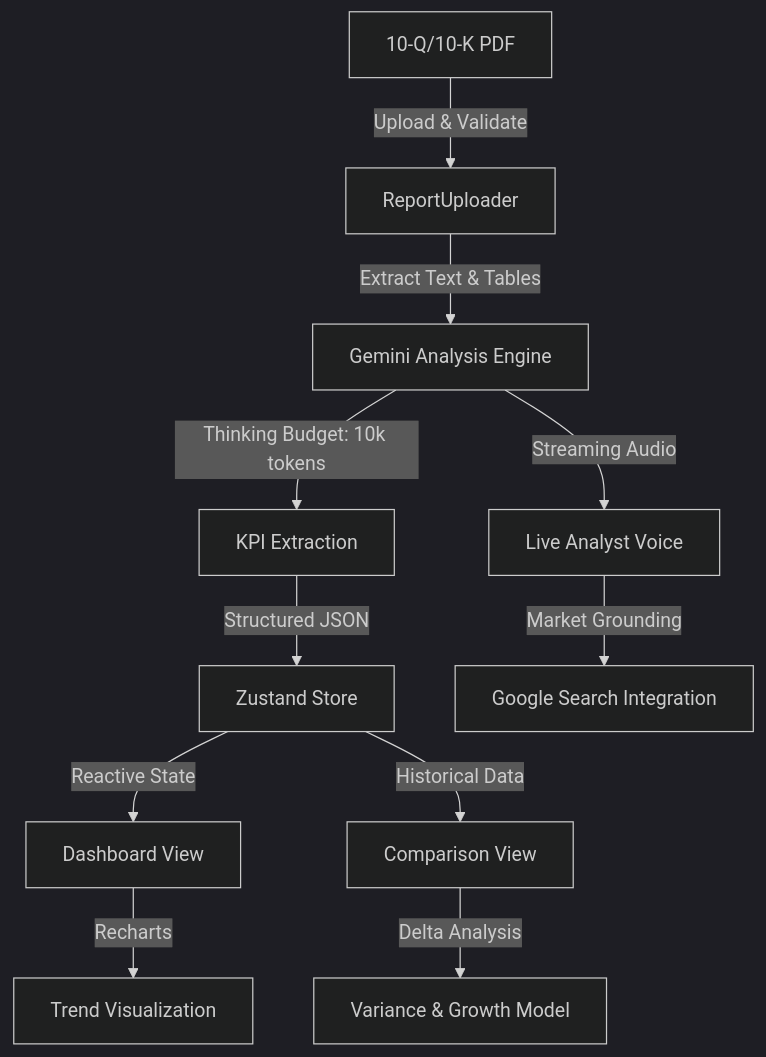
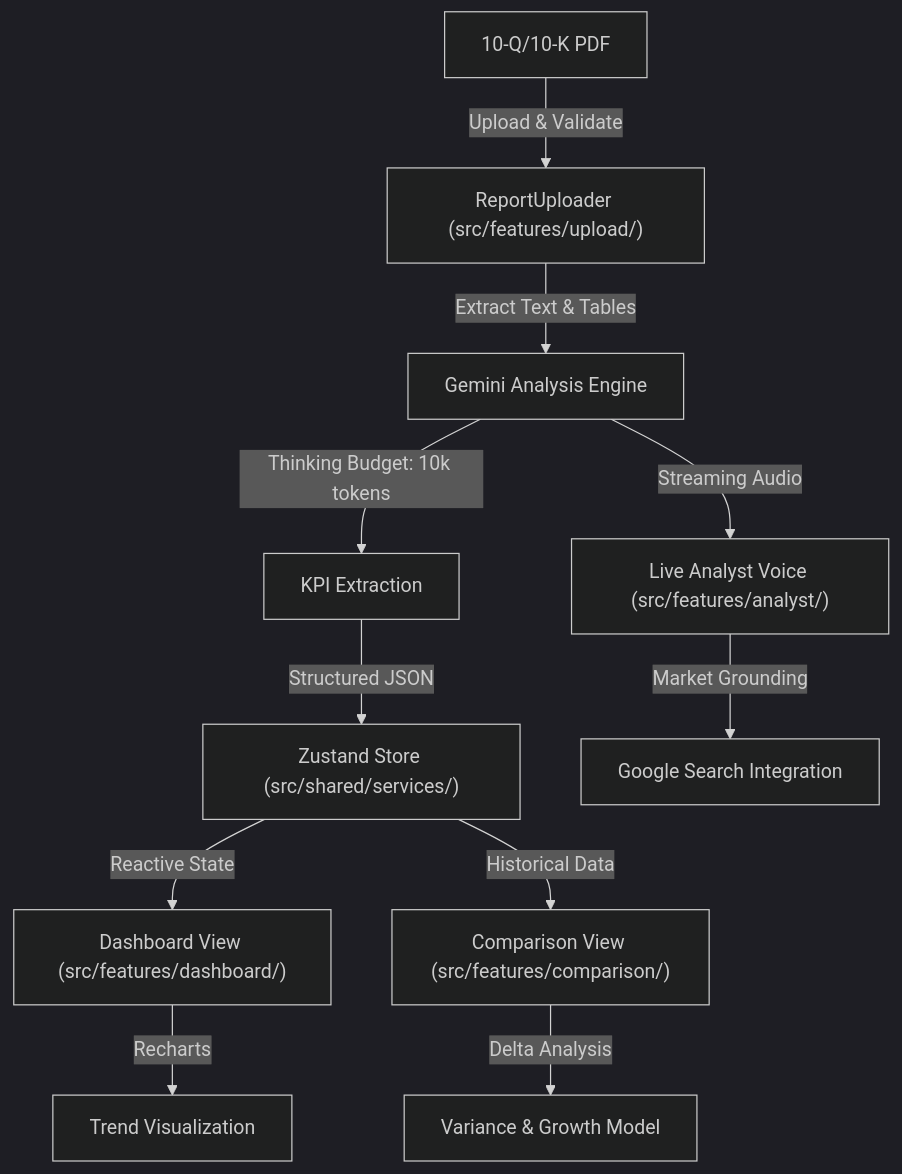
The diagram in README.md (darshil0/ai-financial-auditor), drawn with Mermaid (dark theme) before and after one commit. The commit also changed other lines of this file, not shown here.

````diff
--- a/README.md
+++ b/README.md
@@ -17,13 +17,13 @@
 ```mermaid
 graph TD
-    A["10-Q/10-K PDF"] -->|Upload & Validate| B["ReportUploader"]
+    A["10-Q/10-K PDF"] -->|Upload & Validate| B["ReportUploader (src/features/upload/)"]
     B -->|Extract Text & Tables| C["Gemini Analysis Engine"]
     C -->|Thinking Budget: 10k tokens| D["KPI Extraction"]
-    D -->|Structured JSON| E["Zustand Store"]
-    E -->|Reactive State| F["Dashboard View"]
-    E -->|Historical Data| G["Comparison View"]
-    C -->|Streaming Audio| H["Live Analyst Voice"]
+    D -->|Structured JSON| E["Zustand Store (src/shared/services/)"]
+    E -->|Reactive State| F["Dashboard View (src/features/dashboard/)"]
+    E -->|Historical Data| G["Comparison View (src/features/comparison/)"]
+    C -->|Streaming Audio| H["Live Analyst Voice (src/features/analyst/)"]
     F -->|Recharts| I["Trend Visualization"]
     G -->|Delta Analysis| J["Variance & Growth Model"]
     H -->|Market Grounding| K["Google Search Integration"]
 ```
````
